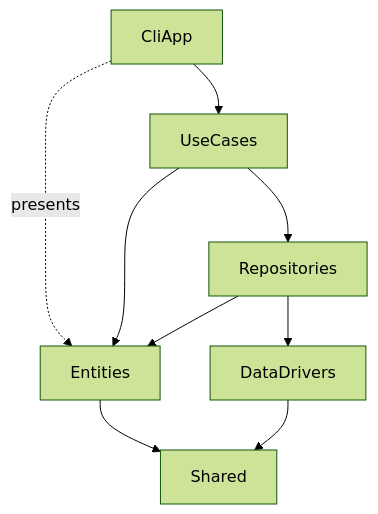
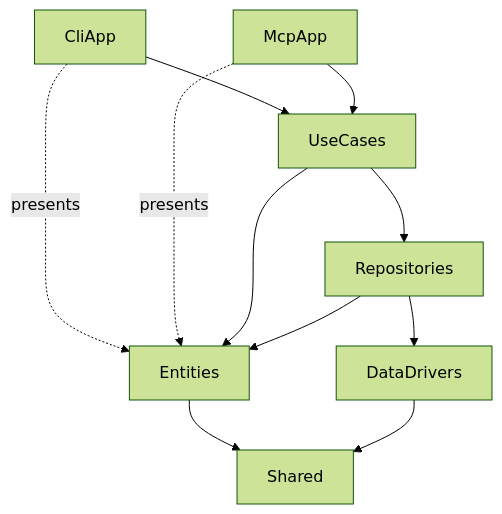
One commit to armaaar/stock-calc changed the second of 3 diagrams in docs/architecture/overview.md. Above: the diagram before and after it, drawn with Mermaid (forest theme). The commit also changed other lines of this file and 12 other files, not shown here.

````diff
--- a/docs/architecture/overview.md
+++ b/docs/architecture/overview.md
@@ -39,11 +44,13 @@
 ```mermaid
 flowchart TD
   CliApp --> UseCases
+  McpApp --> UseCases
   CliApp -.presents.-> Entities
+  McpApp -.presents.-> Entities
   UseCases --> Repositories
   UseCases --> Entities
   Repositories --> DataDrivers
   Repositories --> Entities
   Entities --> Shared
   DataDrivers --> Shared
 ```
````
